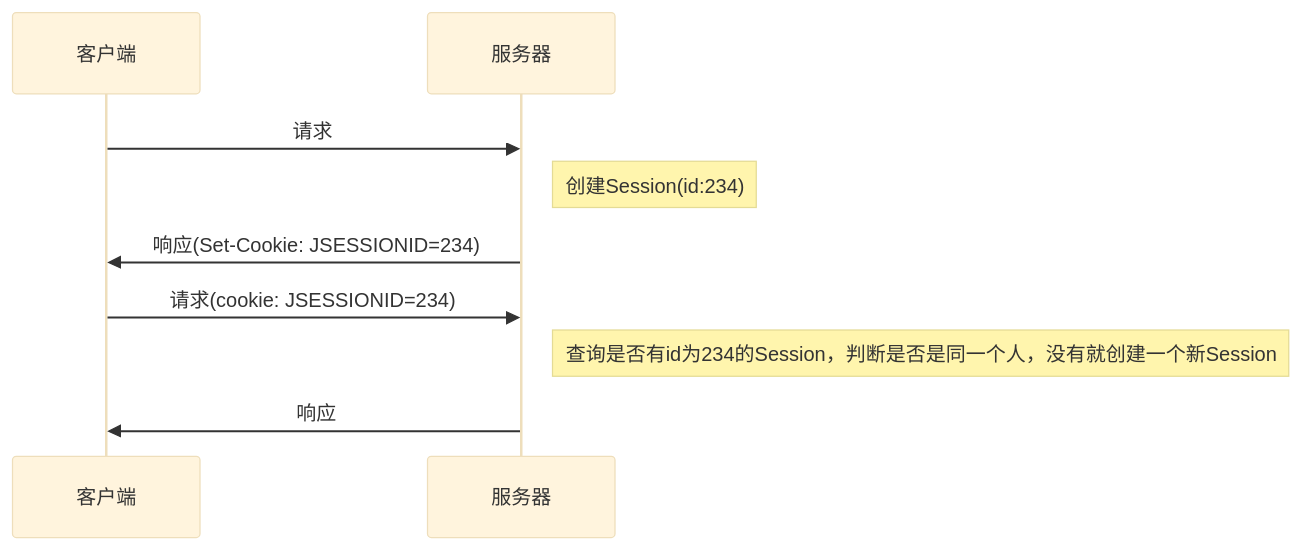
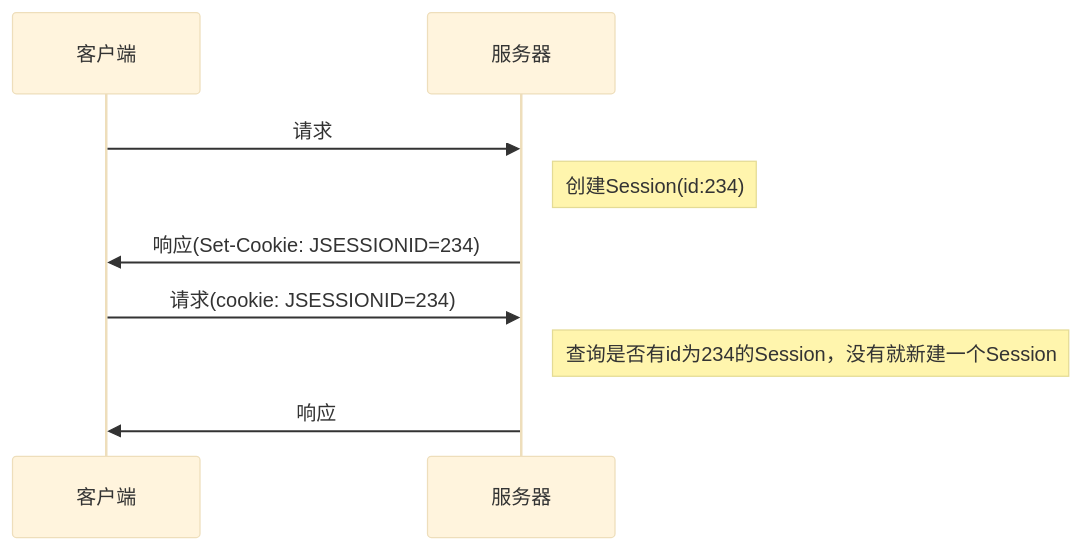
The fifth of 8 diagrams in java/jakartaee/servlet.md (follow1123/docs), drawn with Mermaid (base theme) before and after one commit. The commit also changed other lines of this file and 1 other file, not shown here.

Commit message:
servlet: 修复图片问题，完善文档

````diff
--- a/java/jakartaee/servlet.md
+++ b/java/jakartaee/servlet.md
@@ -441,12 +441,12 @@
 ```mermaid
 sequenceDiagram
 participant client as 客户端 
 participant server as 服务器
 
 client ->> server: 请求
 Note right of server: 创建Session(id:234)
 server ->> client: 响应(Set-Cookie: JSESSIONID=234)
 client ->> server: 请求(cookie: JSESSIONID=234)
-Note right of server: 查询是否有id为234的Session，判断是否是同一个人，没有就创建一个新Session
+Note right of server: 查询是否有id为234的Session，没有就新建一个Session
 server ->> client: 响应
 ```
````
